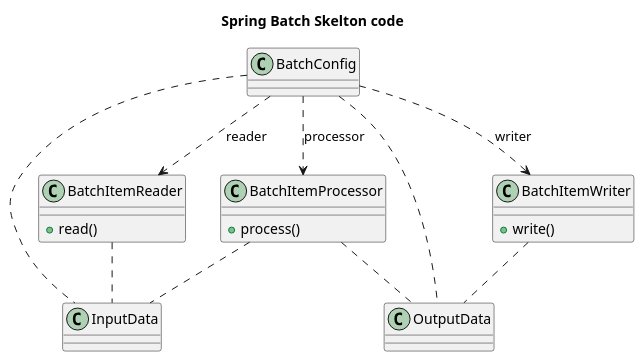
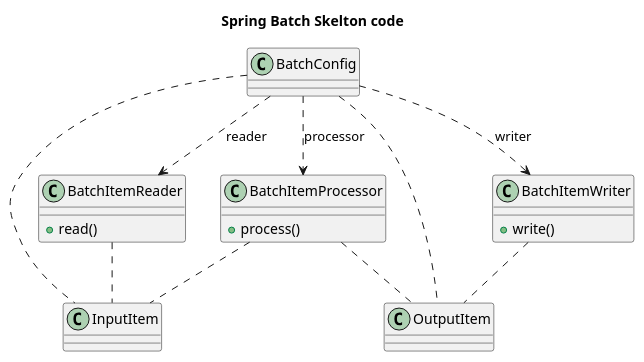
One commit to 121jigowatts/demo3 changed the diagram in demo-class.pu. Above: the diagram before and after it, drawn with PlantUML.

Commit message:
update class diagram

```diff
--- a/demo-class.pu
+++ b/demo-class.pu
@@ -1,27 +1,27 @@
 @startuml
 title "Spring Batch Skelton code"
 class BatchConfig {
 
 }
 class BatchItemReader {
     +read()
 }
 class BatchItemProcessor {
     +process()
 }
 class BatchItemWriter {
     +write()
 }
 
 BatchConfig ..> BatchItemReader : reader
 BatchConfig ..> BatchItemProcessor : processor
 BatchConfig ..> BatchItemWriter : writer
-BatchConfig .. InputData
-BatchConfig .. OutputData
-BatchItemReader .. InputData
-BatchItemProcessor .. InputData
-BatchItemProcessor .. OutputData
-BatchItemWriter .. OutputData
+BatchConfig .. InputItem
+BatchConfig .. OutputItem
+BatchItemReader .. InputItem
+BatchItemProcessor .. InputItem
+BatchItemProcessor .. OutputItem
+BatchItemWriter .. OutputItem
 
 
 @enduml
```
